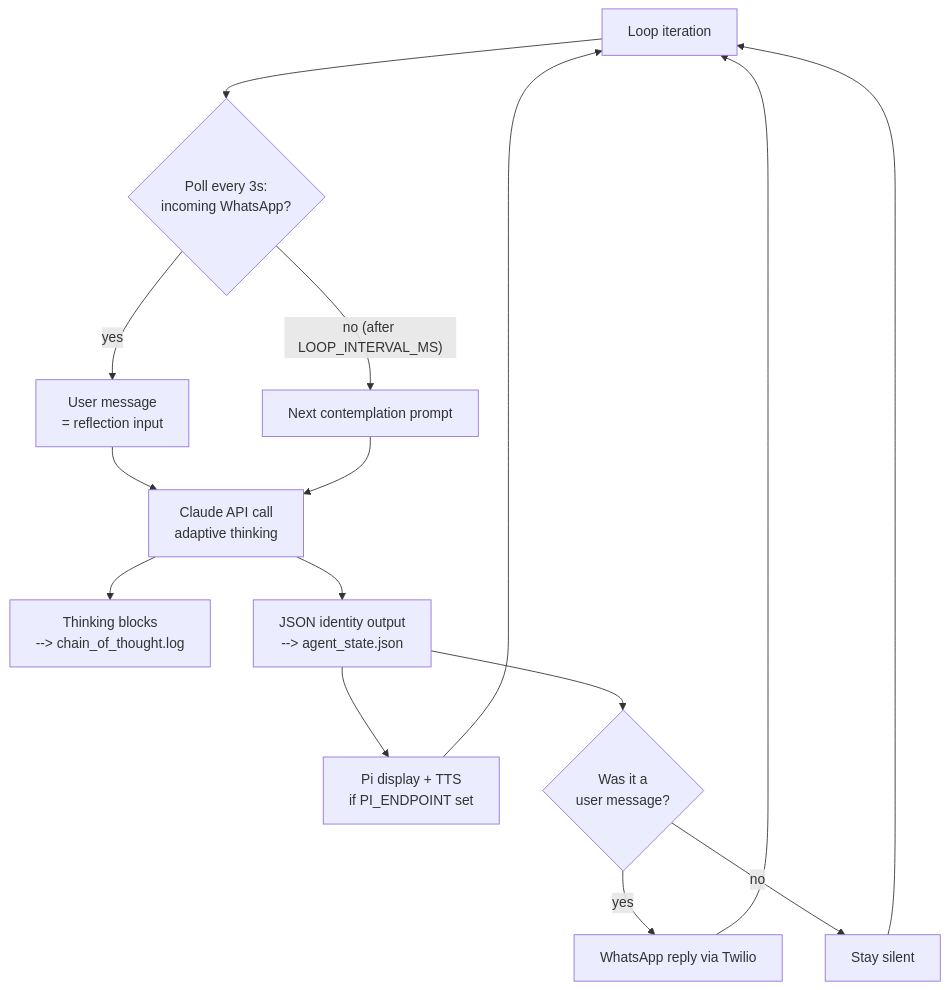
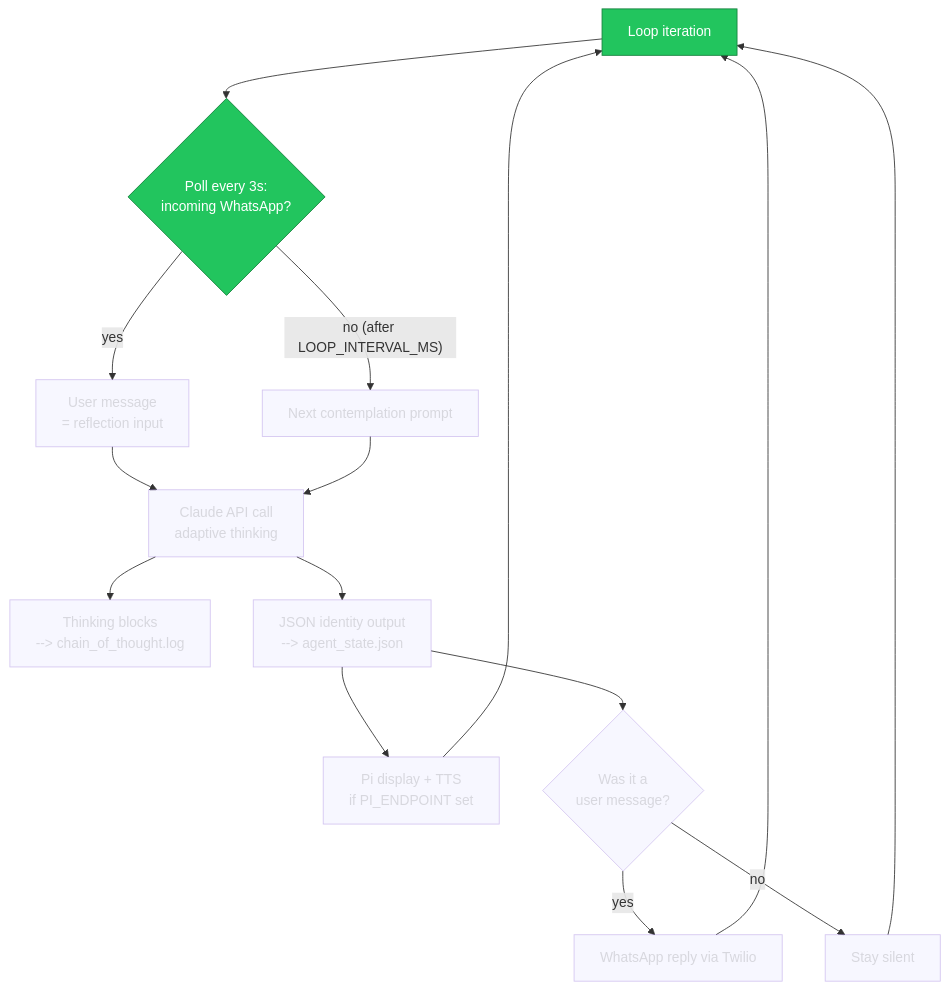
The diagram in README.md (jbisaccia-9/identity-gate), drawn with Mermaid before and after one commit. The commit also changed other lines of this file, not shown here.

Commit message:
render: live flow diagram [skip ci]

````diff
--- a/README.md
+++ b/README.md
@@ -34,17 +34,21 @@
 ```mermaid
 flowchart TD
     A[Loop iteration] --> B{Poll every 3s:<br/>incoming WhatsApp?}
     B -- yes --> C[User message<br/>= reflection input]
     B -- "no (after LOOP_INTERVAL_MS)" --> D[Next contemplation prompt]
     C --> E[Claude API call<br/>adaptive thinking]
     D --> E
     E --> F[Thinking blocks<br/>--> chain_of_thought.log]
     E --> G[JSON identity output<br/>--> agent_state.json]
     G --> H[Pi display + TTS<br/>if PI_ENDPOINT set]
     G --> I{Was it a<br/>user message?}
     I -- yes --> J[WhatsApp reply via Twilio]
     I -- no --> K[Stay silent]
     J --> A
     K --> A
     H --> A
+    classDef active fill:#22c55e,stroke:#15803d,color:#fff
+    classDef dormant opacity:0.4
+    class A,B active
+    class C,D,E,F,G,H,I,J,K dormant
 ```
````
